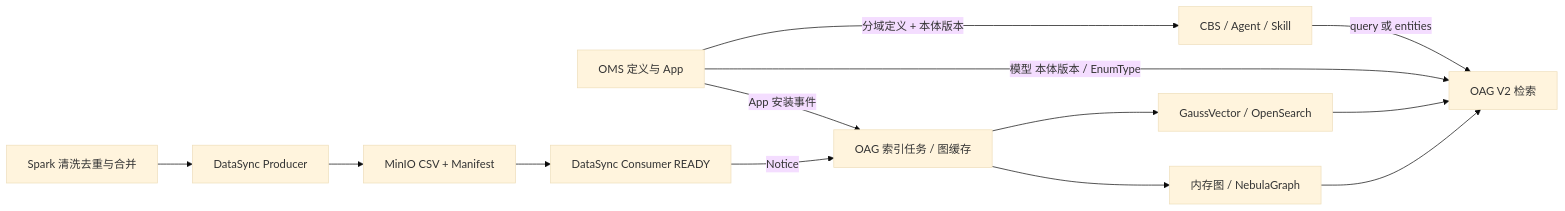
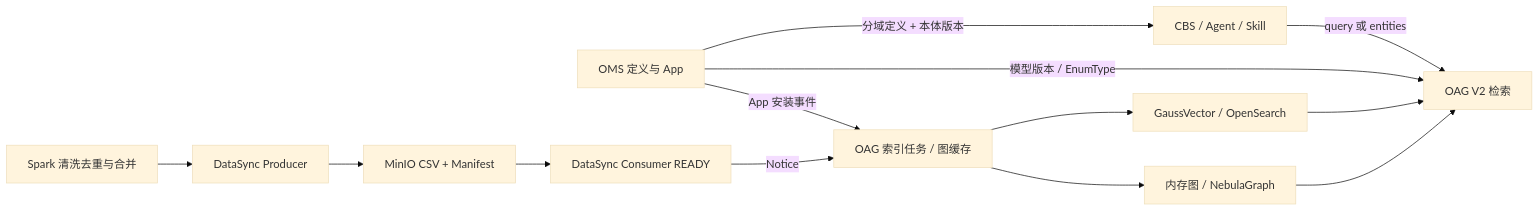
Before and after one commit to cfwl100/onology_dsl: the first of 3 diagrams in docs/Agentic Operation Center 27.3.0 功能设计说明书（IRxxx 软件Q4需求）.md, drawn with Mermaid (base theme). The commit also changed other lines of this file, not shown here.

````diff
--- a/docs/Agentic Operation Center 27.3.0 功能设计说明书（IRxxx 软件Q4需求）.md
+++ b/docs/Agentic Operation Center 27.3.0 功能设计说明书（IRxxx 软件Q4需求）.md
@@ -52,15 +52,15 @@
 ```mermaid
 flowchart LR
   Agent[CBS / Agent / Skill] -->|query 或 entities| OAG[OAG V2 检索]
-  OMS[OMS 定义与 App] -->|模型 本体版本 / EnumType| OAG
+  OMS[OMS 定义与 App] -->|模型版本 / EnumType| OAG
   OMS -->|分域定义 + 本体版本| Agent
   OMS -->|App 安装事件| Job[OAG 索引任务 / 图缓存]
   Spark[Spark 清洗去重与合并] --> Producer[DataSync Producer]
   Producer --> MinIO[MinIO CSV + Manifest]
   MinIO --> Consumer[DataSync Consumer READY]
   Consumer -->|Notice| Job
   Job --> GV[GaussVector / OpenSearch]
   Job --> Graph[内存图 / NebulaGraph]
   GV --> OAG
   Graph --> OAG
 ```
````
